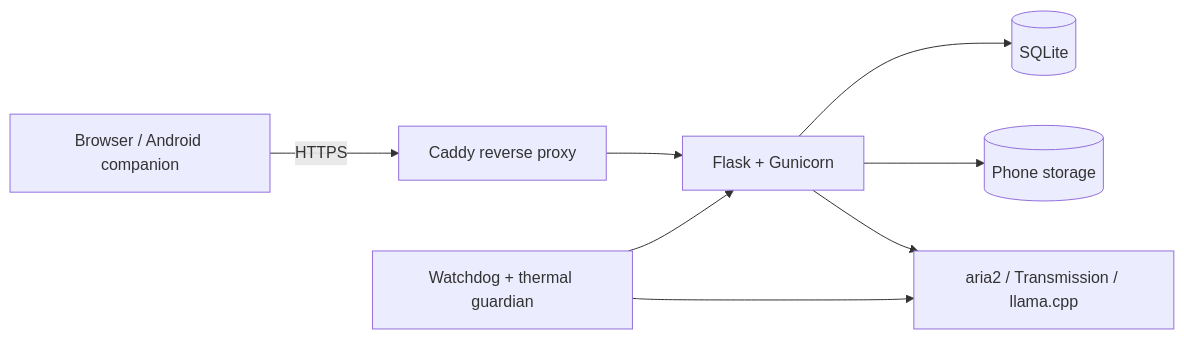
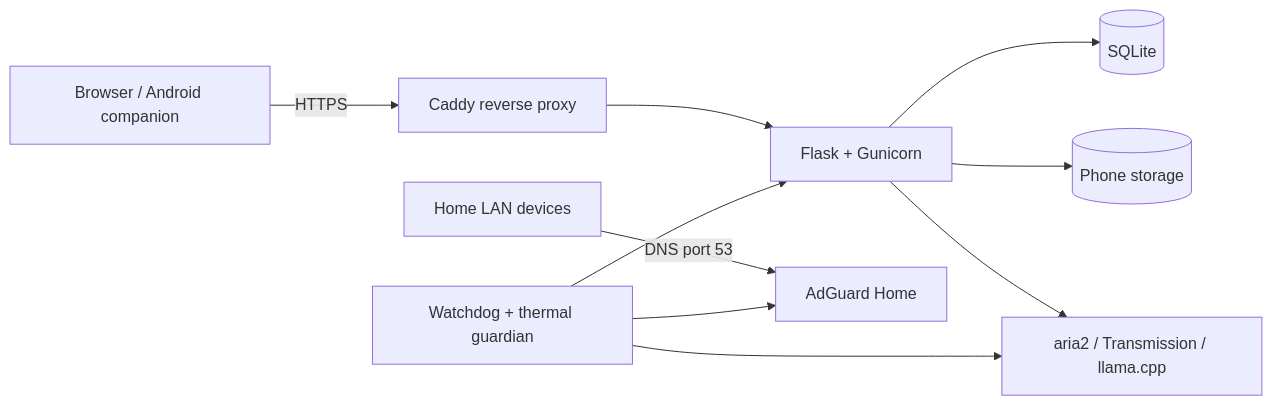
One commit to clementinny/cloud-in-buzunar changed the diagram in README.md. Above: the diagram before and after it, drawn with Mermaid. The commit also changed other lines of this file and 9 other files, not shown here.

Commit message:
feat: add supervised AdGuard Home DNS

````diff
--- a/README.md
+++ b/README.md
@@ -114,10 +115,12 @@
 ```mermaid
 flowchart LR
     Client[Browser / Android companion] -->|HTTPS| Caddy[Caddy reverse proxy]
     Caddy --> Flask[Flask + Gunicorn]
     Flask --> SQLite[(SQLite)]
     Flask --> Storage[(Phone storage)]
     Flask --> Services[aria2 / Transmission / llama.cpp]
+    Home[Home LAN devices] -->|DNS port 53| AdGuard[AdGuard Home]
     Watchdog[Watchdog + thermal guardian] --> Flask
     Watchdog --> Services
+    Watchdog --> AdGuard
 ```
````
